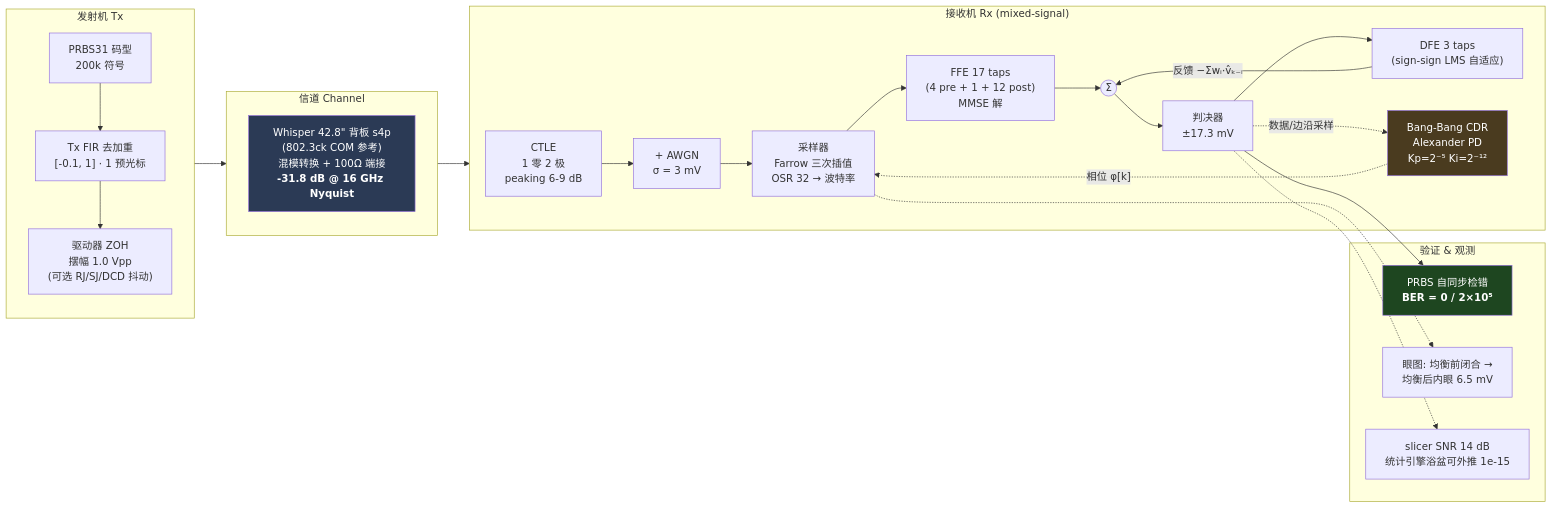
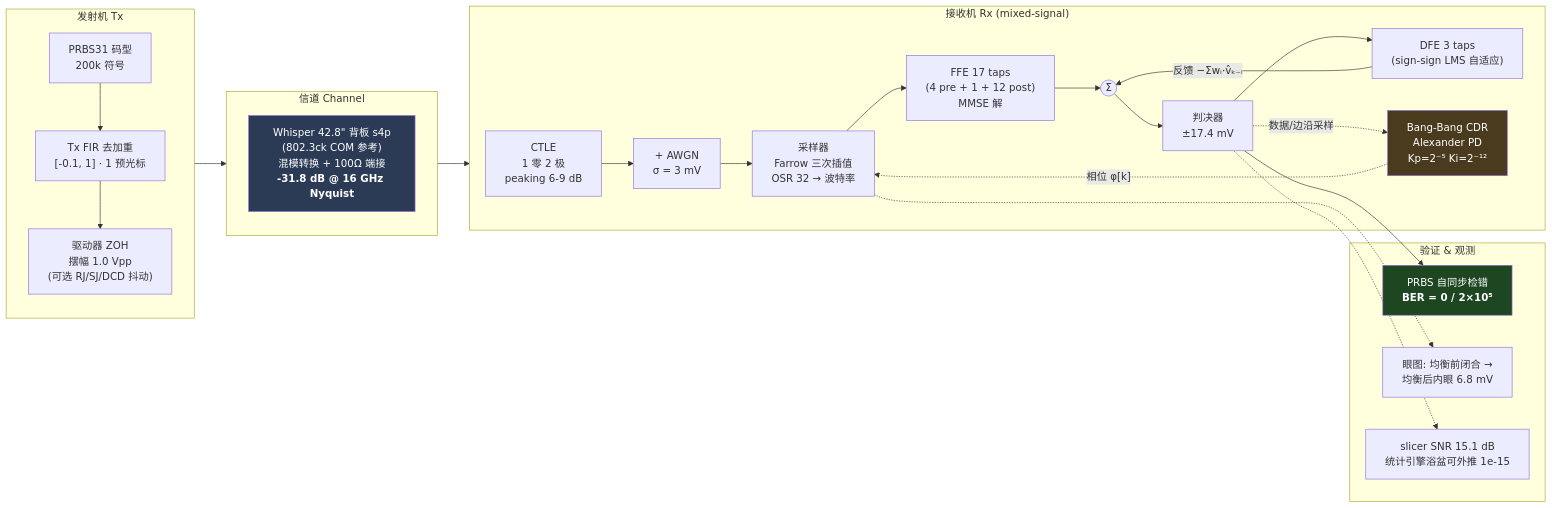
Before and after one commit to alexyudragonsword-collab/Halo_Serdes: the diagram in docs/nrz32_system_diagram.mmd, drawn with Mermaid. The commit also changed 21 other files, not shown here.

```diff
--- a/docs/nrz32_system_diagram.mmd
+++ b/docs/nrz32_system_diagram.mmd
@@ -1,36 +1,36 @@
 flowchart LR
     subgraph TX["发射机 Tx"]
         PRBS["PRBS31 码型<br/>200k 符号"] --> FIR["Tx FIR 去加重<br/>[-0.1, 1] · 1 预光标"]
         FIR --> DRV["驱动器 ZOH<br/>摆幅 1.0 Vpp<br/>(可选 RJ/SJ/DCD 抖动)"]
     end
 
     subgraph CH["信道 Channel"]
         S4P["Whisper 42.8&quot; 背板 s4p<br/>(802.3ck COM 参考)<br/>混模转换 + 100Ω 端接<br/><b>-31.8 dB @ 16 GHz Nyquist</b>"]
     end
 
     subgraph RX["接收机 Rx (mixed-signal)"]
         CTLE["CTLE<br/>1 零 2 极<br/>peaking 6-9 dB"] --> N["+ AWGN<br/>σ = 3 mV"]
         N --> SAMP["采样器<br/>Farrow 三次插值<br/>OSR 32 → 波特率"]
         SAMP --> FFE["FFE 17 taps<br/>(4 pre + 1 + 12 post)<br/>MMSE 解"]
         FFE --> SUM(("Σ"))
-        SUM --> SLC["判决器<br/>±17.3 mV"]
+        SUM --> SLC["判决器<br/>±17.4 mV"]
         SLC --> DFE["DFE 3 taps<br/>(sign-sign LMS 自适应)"]
         DFE -->|"反馈 −Σwᵢ·v̂ₖ₋ᵢ"| SUM
         SLC -.->|"数据/边沿采样"| CDR["Bang-Bang CDR<br/>Alexander PD<br/>Kp=2⁻⁵ Ki=2⁻¹²"]
         CDR -.->|"相位 φ[k]"| SAMP
     end
 
     subgraph MEAS["验证 & 观测"]
         CHK["PRBS 自同步检错<br/><b>BER = 0 / 2×10⁵</b>"]
-        EYE["眼图: 均衡前闭合 →<br/>均衡后内眼 6.5 mV"]
-        SNR["slicer SNR 14 dB<br/>统计引擎浴盆可外推 1e-15"]
+        EYE["眼图: 均衡前闭合 →<br/>均衡后内眼 6.8 mV"]
+        SNR["slicer SNR 15.1 dB<br/>统计引擎浴盆可外推 1e-15"]
     end
 
     TX --> CH --> RX
     SLC --> CHK
     SAMP -.-> EYE
     SLC -.-> SNR
 
     style S4P fill:#2b3a55,color:#fff
     style CHK fill:#1e4620,color:#fff
     style CDR fill:#4a3b1f,color:#fff
```
